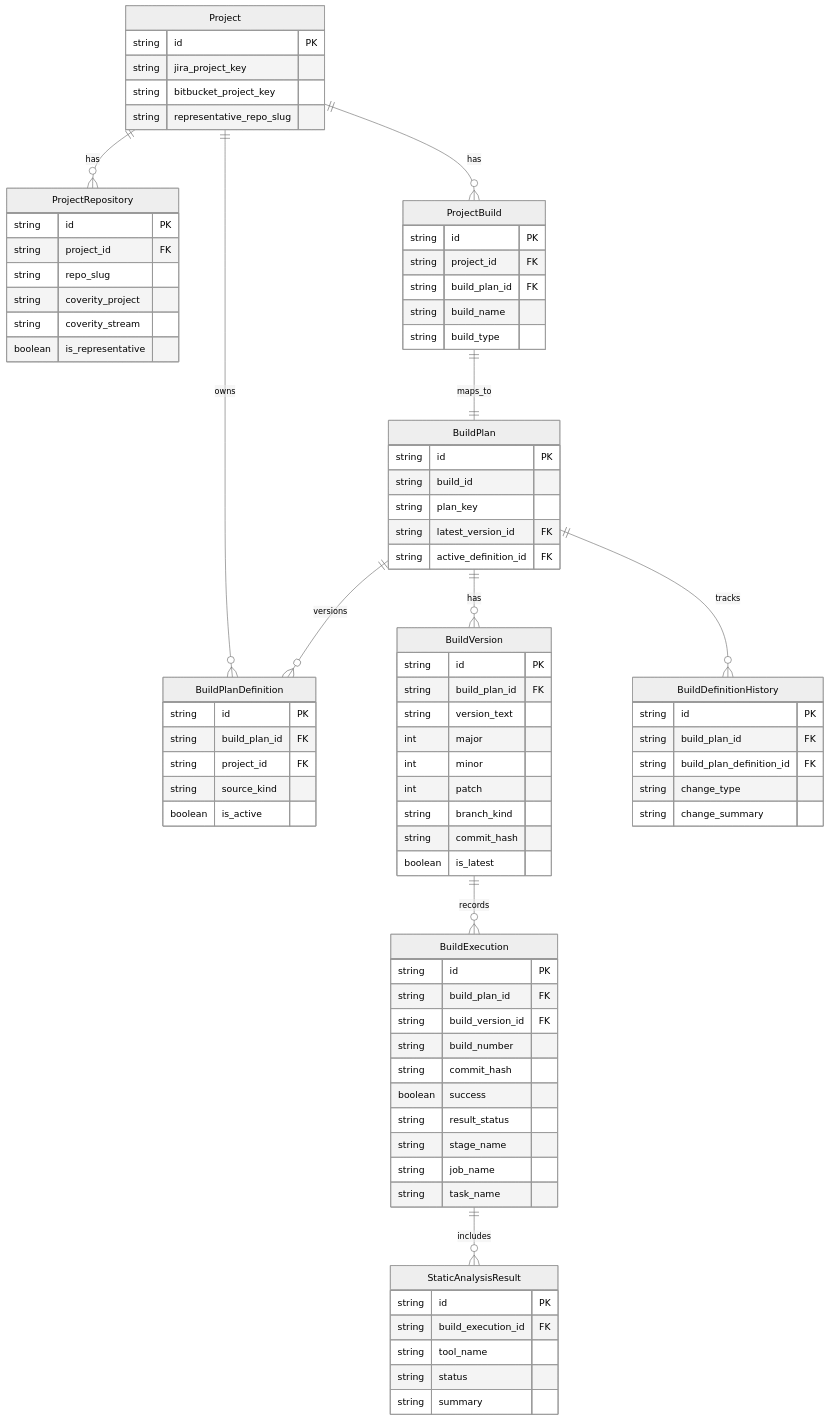
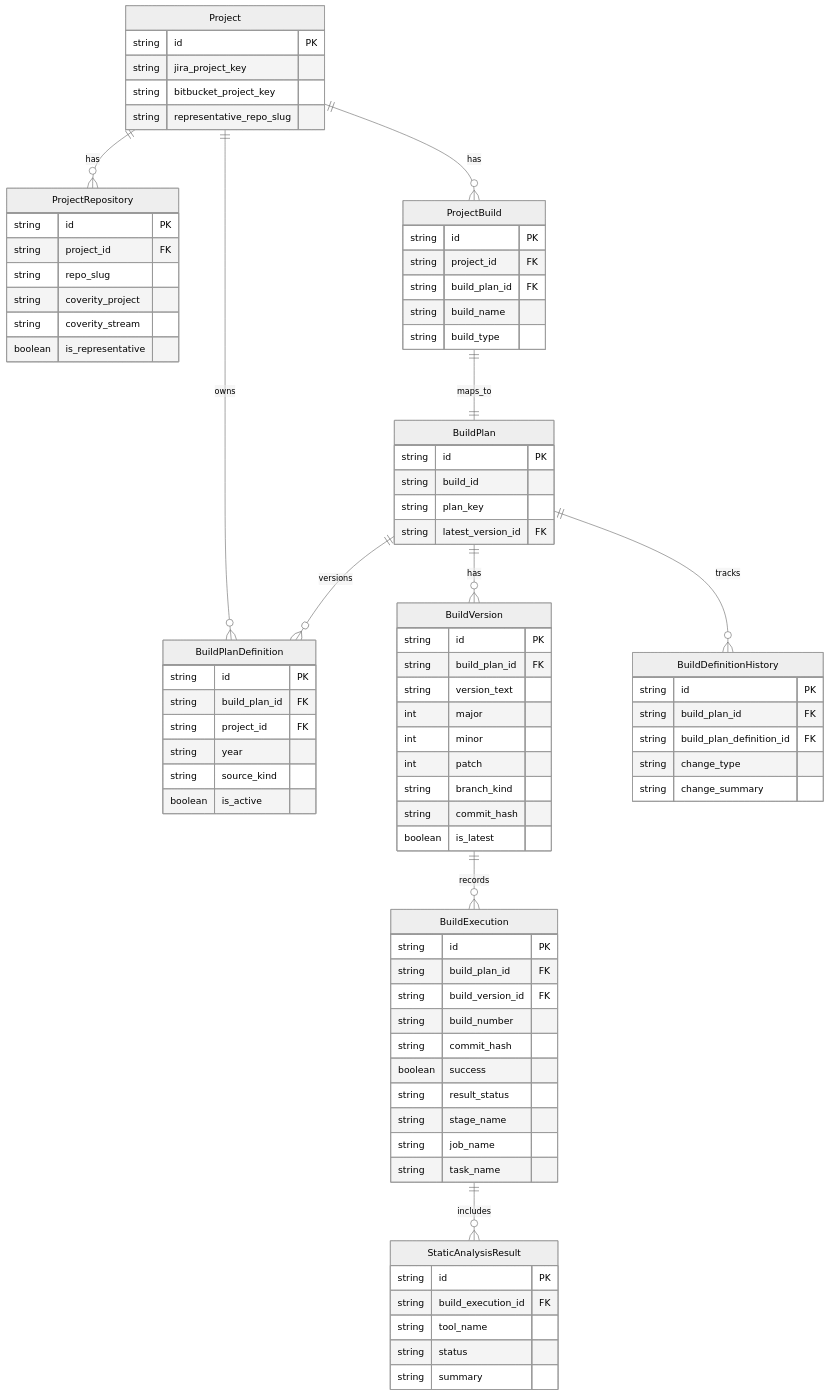
Before and after one commit to ykylee/bamboo_spec_generator: the diagram in docs/designs/Design.md, drawn with Mermaid (neutral theme). The commit also changed other lines of this file and 8 other files, not shown here.

```diff
--- a/docs/designs/Design.md
+++ b/docs/designs/Design.md
@@ -267,13 +268,13 @@
         string build_id
         string plan_key
         string latest_version_id FK
-        string active_definition_id FK
     }
 
     BuildPlanDefinition {
         string id PK
         string build_plan_id FK
         string project_id FK
+        string year
         string source_kind
         boolean is_active
     }
```
